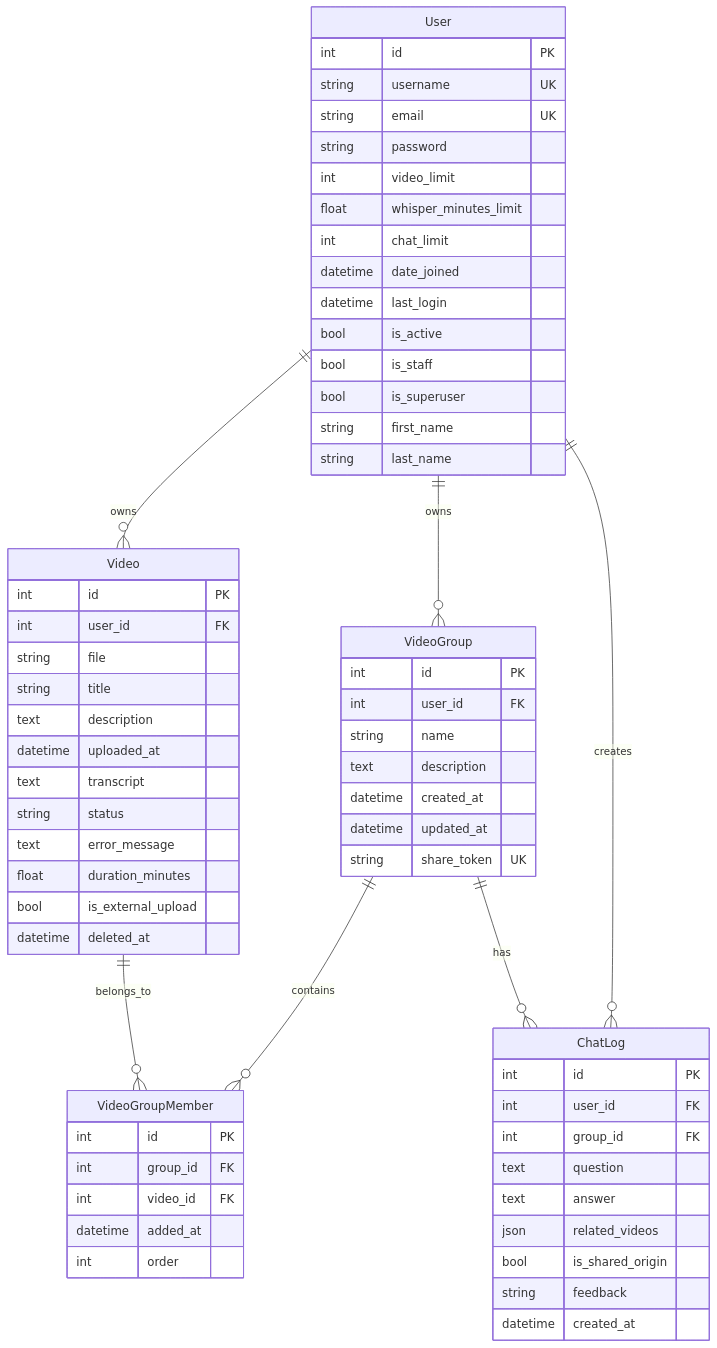
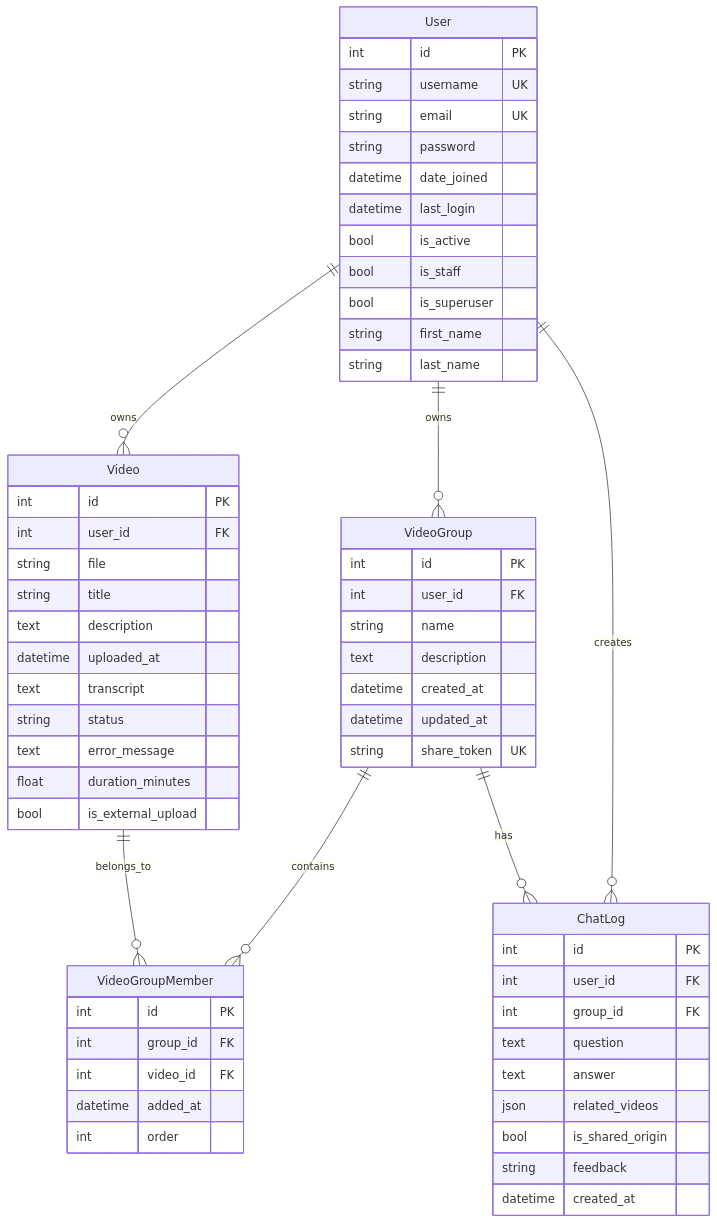
Before and after one commit to yukiharada1228/videoq: the diagram in docs/database/er-diagram.md, drawn with Mermaid. The commit also changed other lines of this file and 4 other files, not shown here.

````diff
--- a/docs/database/er-diagram.md
+++ b/docs/database/er-diagram.md
@@ -9,71 +9,67 @@
 ```mermaid
 erDiagram
     User ||--o{ Video : owns
     User ||--o{ VideoGroup : owns
     User ||--o{ ChatLog : creates
     VideoGroup ||--o{ VideoGroupMember : contains
     Video ||--o{ VideoGroupMember : belongs_to
     VideoGroup ||--o{ ChatLog : has
     
     User {
         int id PK
         string username UK
         string email UK
         string password
-        int video_limit
-        float whisper_minutes_limit
-        int chat_limit
         datetime date_joined
         datetime last_login
         bool is_active
         bool is_staff
         bool is_superuser
         string first_name
         string last_name
     }
     
     Video {
         int id PK
         int user_id FK
         string file
         string title
         text description
         datetime uploaded_at
         text transcript
         string status
         text error_message
         float duration_minutes
         bool is_external_upload
-        datetime deleted_at
     }
     
     VideoGroup {
         int id PK
         int user_id FK
         string name
         text description
         datetime created_at
         datetime updated_at
         string share_token UK
     }
     
     VideoGroupMember {
         int id PK
         int group_id FK
         int video_id FK
         datetime added_at
         int order
     }
     
     ChatLog {
         int id PK
         int user_id FK
         int group_id FK
         text question
         text answer
         json related_videos
         bool is_shared_origin
         string feedback
         datetime created_at
     }
 ```
````
